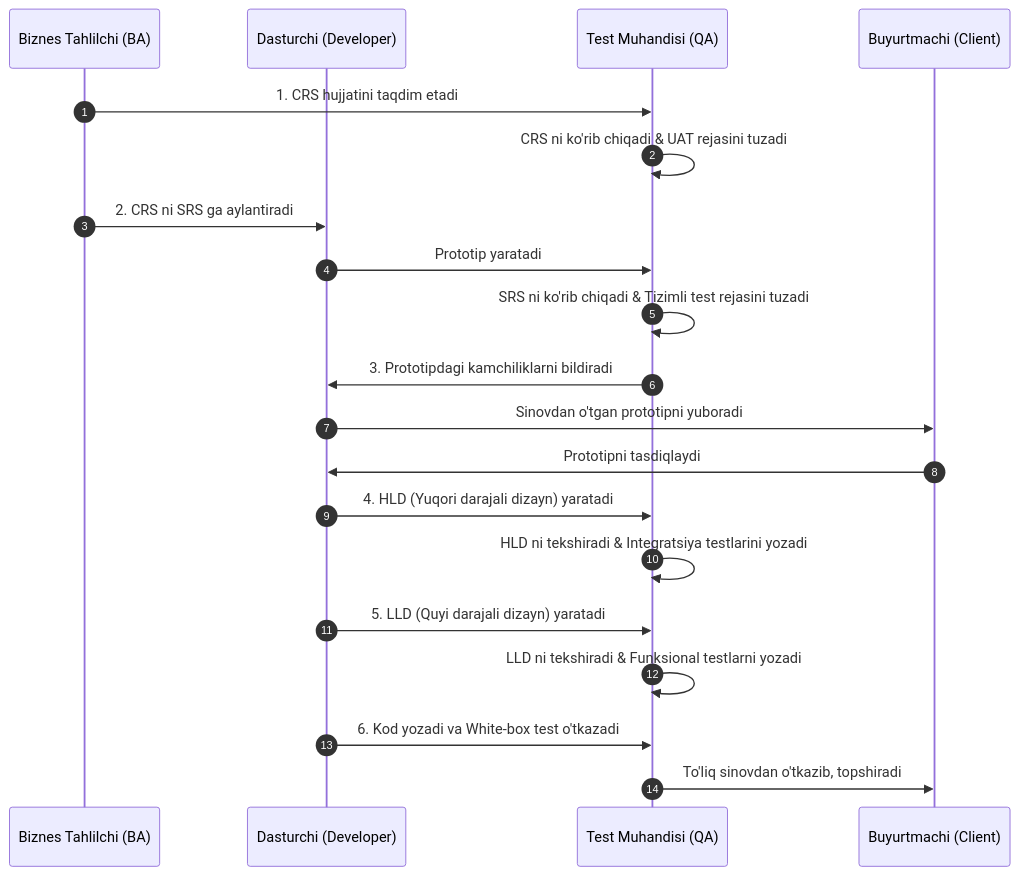
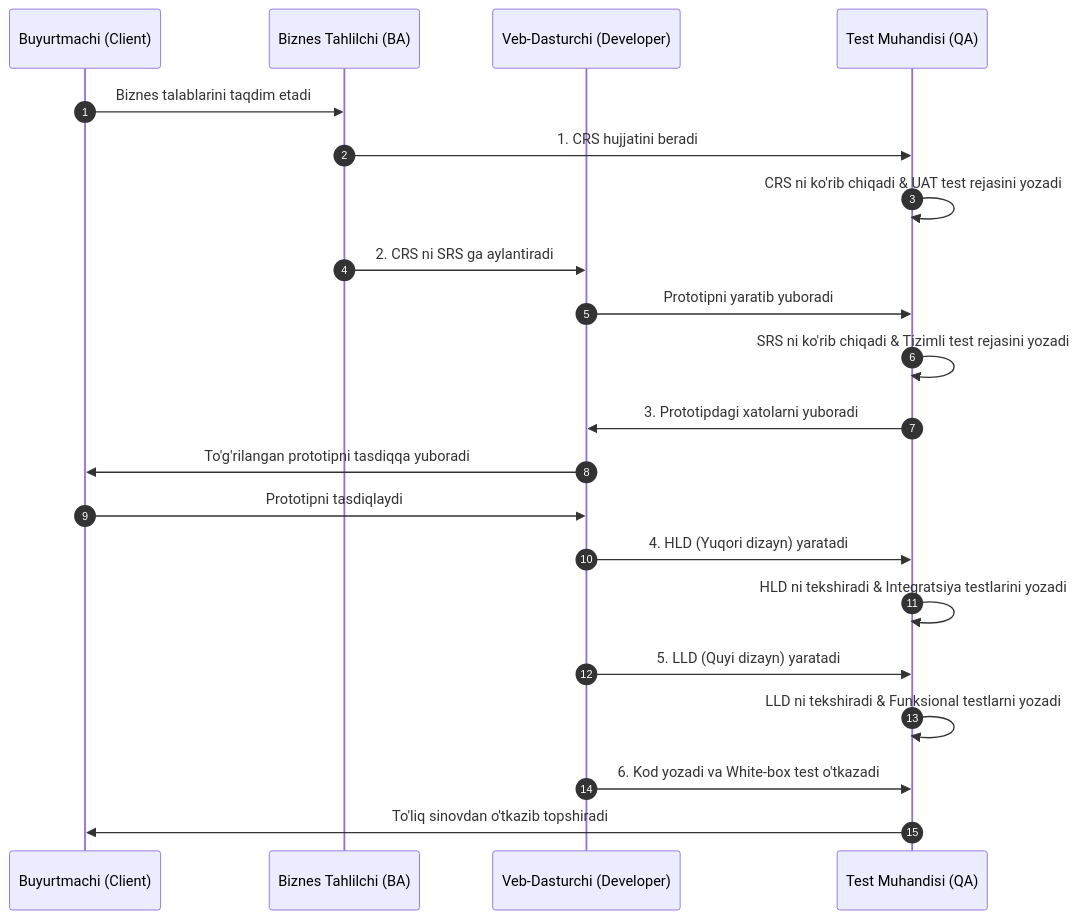
One commit to Ergashov15/qa-uzbekistan changed the third of 3 diagrams in app/docs/sdlc-models/hybrid-model/page.mdx. Above: the diagram before and after it, drawn with Mermaid. The commit also changed other lines of this file and 2 other files, not shown here.

````diff
--- a/app/docs/sdlc-models/hybrid-model/page.mdx
+++ b/app/docs/sdlc-models/hybrid-model/page.mdx
@@ -76,23 +82,24 @@
 ```mermaid
 sequenceDiagram
     autonumber
+    participant Client as Buyurtmachi (Client)
     participant BA as Biznes Tahlilchi (BA)
-    participant Dev as Dasturchi (Developer)
+    participant Dev as Veb-Dasturchi (Developer)
     participant QA as Test Muhandisi (QA)
-    participant Client as Buyurtmachi (Client)
 
-    BA->>QA: 1. CRS hujjatini taqdim etadi
-    QA->>QA: CRS ni ko'rib chiqadi & UAT rejasini tuzadi
+    Client->>BA: Biznes talablarini taqdim etadi
+    BA->>QA: 1. CRS hujjatini beradi
+    QA->>QA: CRS ni ko'rib chiqadi & UAT test rejasini yozadi
     BA->>Dev: 2. CRS ni SRS ga aylantiradi
-    Dev->>QA: Prototip yaratadi
-    QA->>QA: SRS ni ko'rib chiqadi & Tizimli test rejasini tuzadi
-    QA->>Dev: 3. Prototipdagi kamchiliklarni bildiradi
-    Dev->>Client: Sinovdan o'tgan prototipni yuboradi
+    Dev->>QA: Prototipni yaratib yuboradi
+    QA->>QA: SRS ni ko'rib chiqadi & Tizimli test rejasini yozadi
+    QA->>Dev: 3. Prototipdagi xatolarni yuboradi
+    Dev->>Client: To'g'rilangan prototipni tasdiqqa yuboradi
     Client->>Dev: Prototipni tasdiqlaydi
-    Dev->>QA: 4. HLD (Yuqori darajali dizayn) yaratadi
+    Dev->>QA: 4. HLD (Yuqori dizayn) yaratadi
     QA->>QA: HLD ni tekshiradi & Integratsiya testlarini yozadi
-    Dev->>QA: 5. LLD (Quyi darajali dizayn) yaratadi
+    Dev->>QA: 5. LLD (Quyi dizayn) yaratadi
     QA->>QA: LLD ni tekshiradi & Funksional testlarni yozadi
     Dev->>QA: 6. Kod yozadi va White-box test o'tkazadi
-    QA->>Client: To'liq sinovdan o'tkazib, topshiradi
+    QA->>Client: To'liq sinovdan o'tkazib topshiradi
 ```
````
